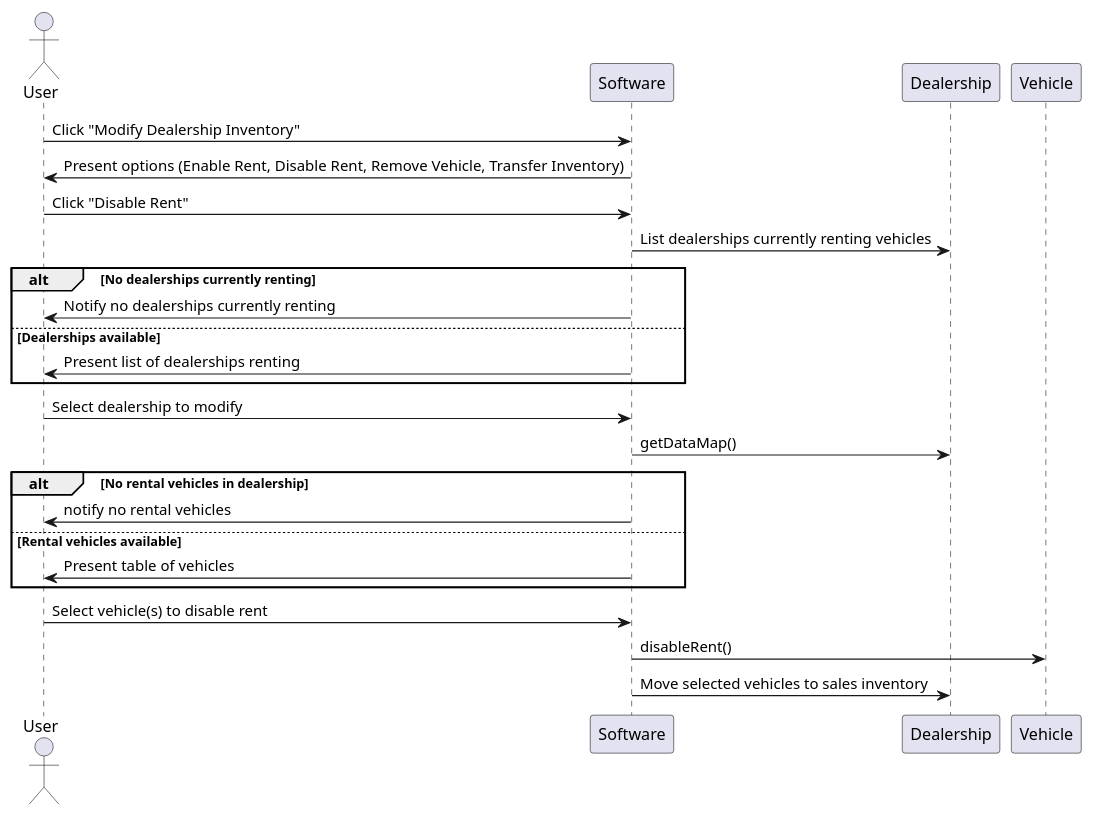
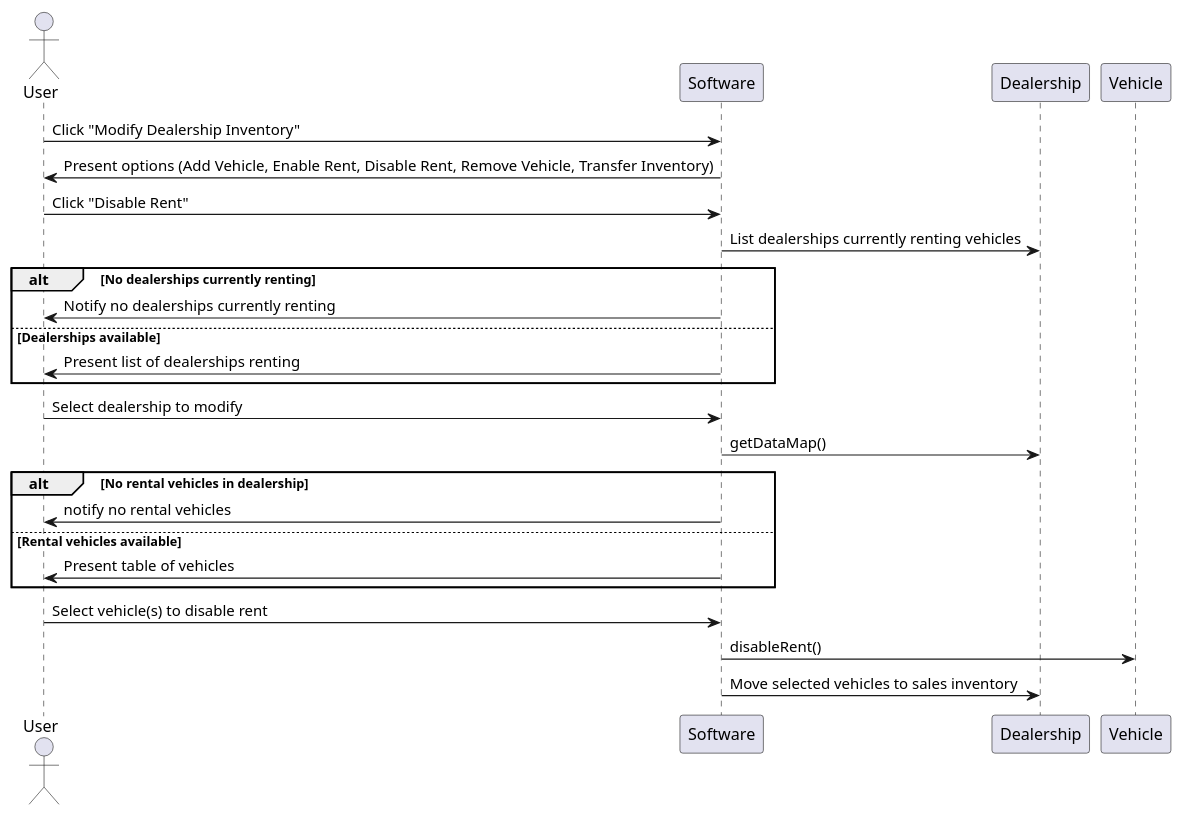
One commit to masonday1/DealershipProject changed the diagram in UMLdiagrams/DisableVehicleRentStatusSequenceDiagram.puml. Above: the diagram before and after it, drawn with PlantUML. The commit also changed 5 other files, not shown here.

Commit message:
Added sequence diagrams for use cases: add, edit dealership name, remove and transfer vehicle. Fixed some verbage in sequence diagrams.

```diff
--- a/UMLdiagrams/DisableVehicleRentStatusSequenceDiagram.puml
+++ b/UMLdiagrams/DisableVehicleRentStatusSequenceDiagram.puml
@@ -1,30 +1,30 @@
 @startuml
 'https://plantuml.com/sequence-diagram
 
 actor User
 participant "Software" as System
 participant "Dealership" as Dealership
 participant "Vehicle" as Vehicle
 
 User -> System: Click "Modify Dealership Inventory"
-System -> User: Present options (Enable Rent, Disable Rent, Remove Vehicle, Transfer Inventory)
+System -> User: Present options (Add Vehicle, Enable Rent, Disable Rent, Remove Vehicle, Transfer Inventory)
 User -> System: Click "Disable Rent"
 System -> Dealership: List dealerships currently renting vehicles
 alt No dealerships currently renting
     System -> User: Notify no dealerships currently renting
 else Dealerships available
     System -> User: Present list of dealerships renting
     end
 
 User -> System: Select dealership to modify
 System -> Dealership: getDataMap()
 alt No rental vehicles in dealership
     System -> User: notify no rental vehicles
  else Rental vehicles available
     System -> User: Present table of vehicles
     end
 
 User -> System: Select vehicle(s) to disable rent
 System -> Vehicle: disableRent()
 System -> Dealership : Move selected vehicles to sales inventory
 @enduml
```
